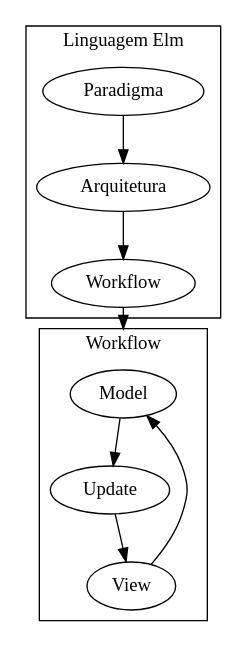
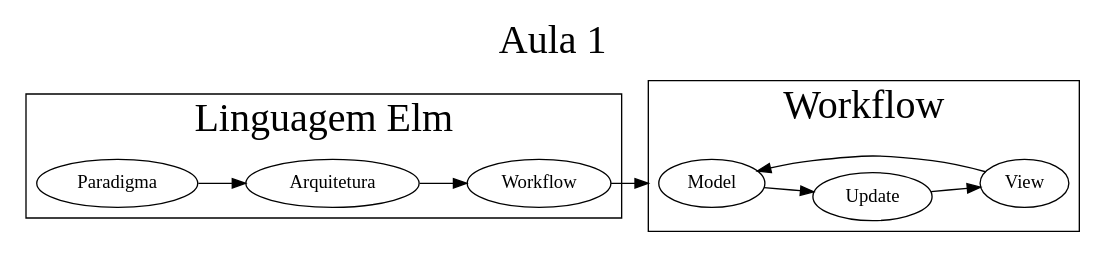
Before and after one commit to gttiGS/Estudos-Elm: the diagram in Aula_1.dot, drawn with Graphviz. The commit also changed 1 other file, not shown here.

```diff
--- a/Aula_1.dot
+++ b/Aula_1.dot
@@ -1,18 +1,23 @@
 digraph Elm_Aula_1 {
+   rankdir = "LR"
+   label = "Aula 1"
+   labelloc="top"
+   labeljust="center"
+   fontsize="30"
     
   compound=true;
   subgraph cluster0 {
     label="Linguagem Elm"
-    Paradigma -> Arquitetura -> Workflow;
+    Paradigma -> Arquitetura -> Workflow
   }
   
   subgraph cluster1 {
     label="Workflow"
     shape="box"
-    Model->Update -> View;
-    View -> Model;
+    Model->Update -> View
+    View -> Model
   }
   
-  Workflow -> Model [lhead=cluster1];
+  Workflow -> Model [lhead=cluster1]
   
 }
```
